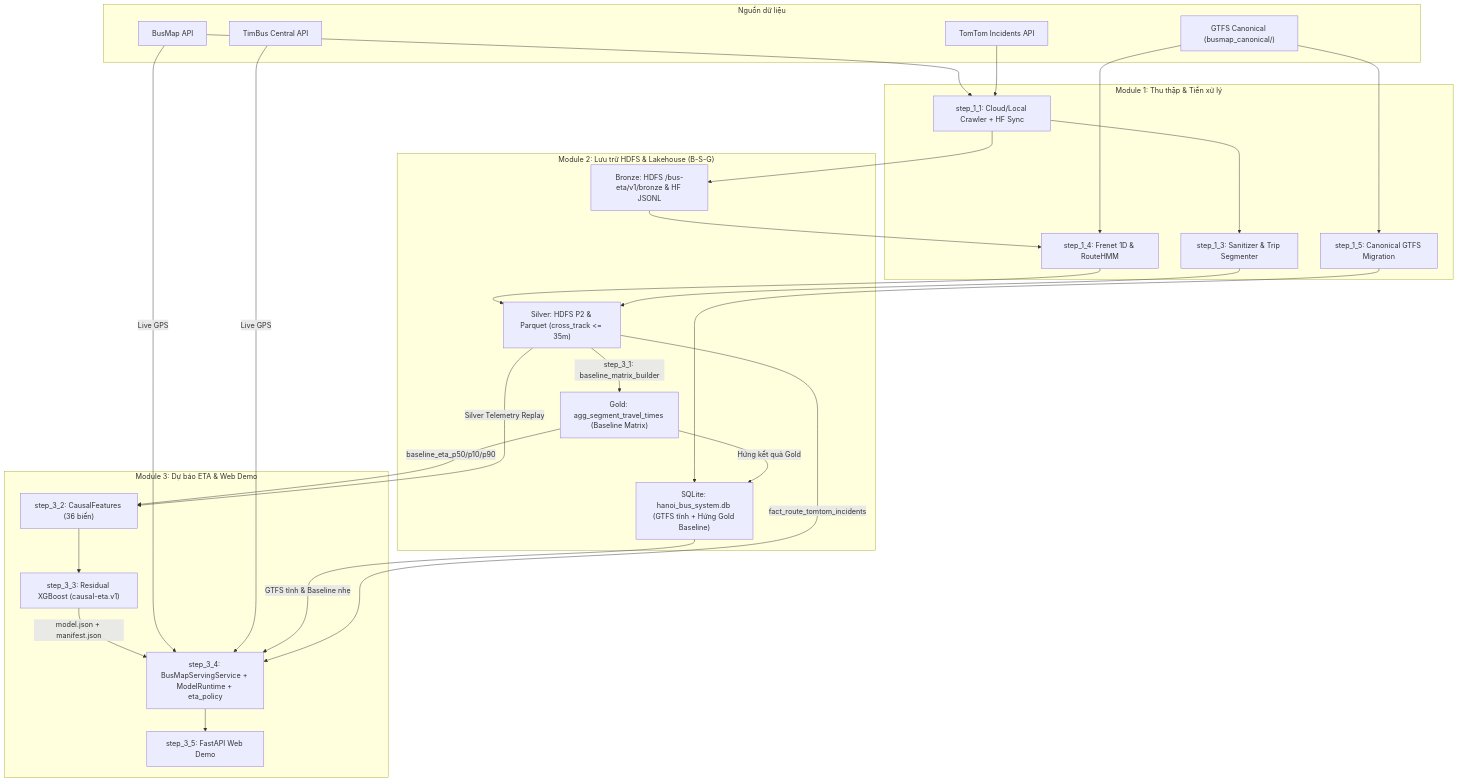
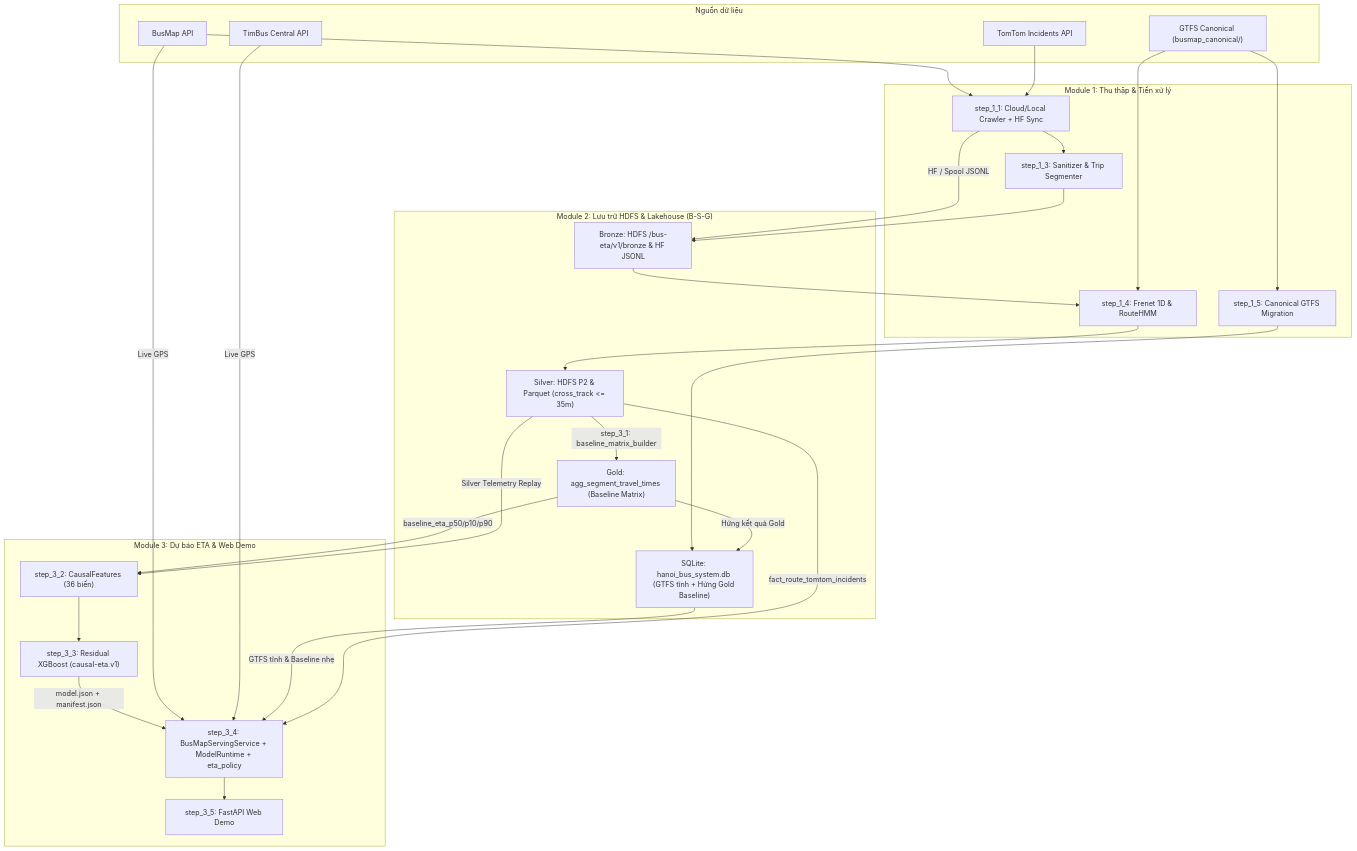
The diagram in README.md (toibinguz/Bus_tracking), drawn with Mermaid before and after one commit. The commit also changed 3 other files, not shown here.

Commit message:
docs: enforce single HDFS-first ingestion/storage flow without shadow local raw/lakehouse bypass

````diff
--- a/README.md
+++ b/README.md
@@ -9,44 +9,44 @@
 ```mermaid
 flowchart TD
     subgraph SRC["Nguồn dữ liệu"]
         BM["BusMap API"]
         TB["TimBus Central API"]
         TT["TomTom Incidents API"]
         GTFS["GTFS Canonical (busmap_canonical/)"]
     end
 
     subgraph M1["Module 1: Thu thập & Tiền xử lý"]
         CRAWL["step_1_1: Cloud/Local Crawler + HF Sync"]
         SAN["step_1_3: Sanitizer & Trip Segmenter"]
         PROJ["step_1_4: Frenet 1D & RouteHMM"]
         MIG["step_1_5: Canonical GTFS Migration"]
     end
 
     subgraph M2["Module 2: Lưu trữ HDFS & Lakehouse (B-S-G)"]
         BR["Bronze: HDFS /bus-eta/v1/bronze & HF JSONL"]
         SIL["Silver: HDFS P2 & Parquet (cross_track <= 35m)"]
         GOLD["Gold: agg_segment_travel_times (Baseline Matrix)"]
         SQL["SQLite: hanoi_bus_system.db (GTFS tĩnh + Hứng Gold Baseline)"]
     end
 
     subgraph M3["Module 3: Dự báo ETA & Web Demo"]
         CF["step_3_2: CausalFeatures (36 biến)"]
         TRAIN["step_3_3: Residual XGBoost (causal-eta.v1)"]
         SERVE["step_3_4: BusMapServingService + ModelRuntime + eta_policy"]
         WEB["step_3_5: FastAPI Web Demo"]
     end
 
-    BM & TT --> CRAWL --> BR --> PROJ --> SIL
-    CRAWL --> SAN --> SIL
+    BM & TT --> CRAWL -->|"HF / Spool JSONL"| BR --> PROJ --> SIL
+    CRAWL --> SAN --> BR
     GTFS --> MIG --> SQL
     GTFS --> PROJ
     SIL -->|"step_3_1: baseline_matrix_builder"| GOLD
     GOLD -->|"Hứng kết quả Gold"| SQL
     GOLD -->|"baseline_eta_p50/p10/p90"| CF
     SIL -->|"Silver Telemetry Replay"| CF
     CF --> TRAIN -->|"model.json + manifest.json"| SERVE
     BM & TB -->|"Live GPS"| SERVE
     SQL -->|"GTFS tĩnh & Baseline nhẹ"| SERVE
     SIL -->|"fact_route_tomtom_incidents"| SERVE
     SERVE --> WEB
 ```
````
